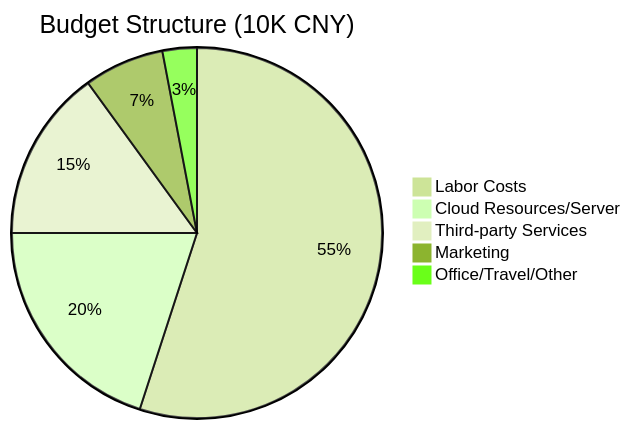
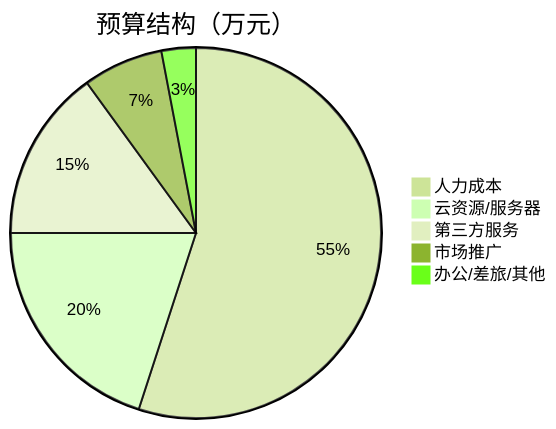
Before and after one commit to Kirky-X/cangjie: the eighth of 11 diagrams in templates/Product/Strategy/Template-Project-Charter.md, drawn with Mermaid (forest theme). The commit also changed other lines of this file and 33 other files, not shown here.

````diff
--- a/templates/Product/Strategy/Template-Project-Charter.md
+++ b/templates/Product/Strategy/Template-Project-Charter.md
@@ -412,8 +412,8 @@
 ```mermaid
-pie title Budget Structure (10K CNY)
-    "Labor Costs" : 55
-    "Cloud Resources/Server" : 20
-    "Third-party Services" : 15
-    "Marketing" : 7
-    "Office/Travel/Other" : 3
+pie title 预算结构（万元）
+    "人力成本" : 55
+    "云资源/服务器" : 20
+    "第三方服务" : 15
+    "市场推广" : 7
+    "办公/差旅/其他" : 3
 ```
````
